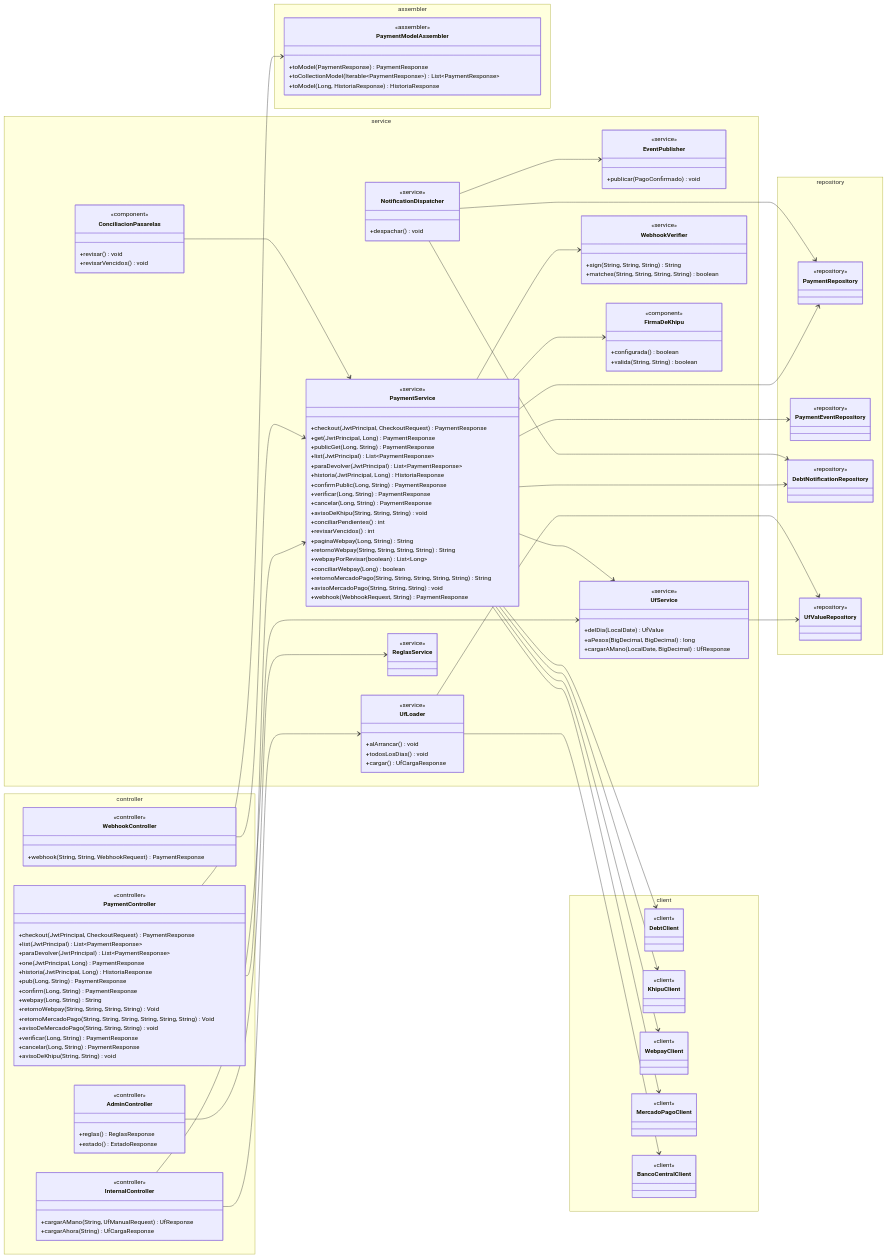
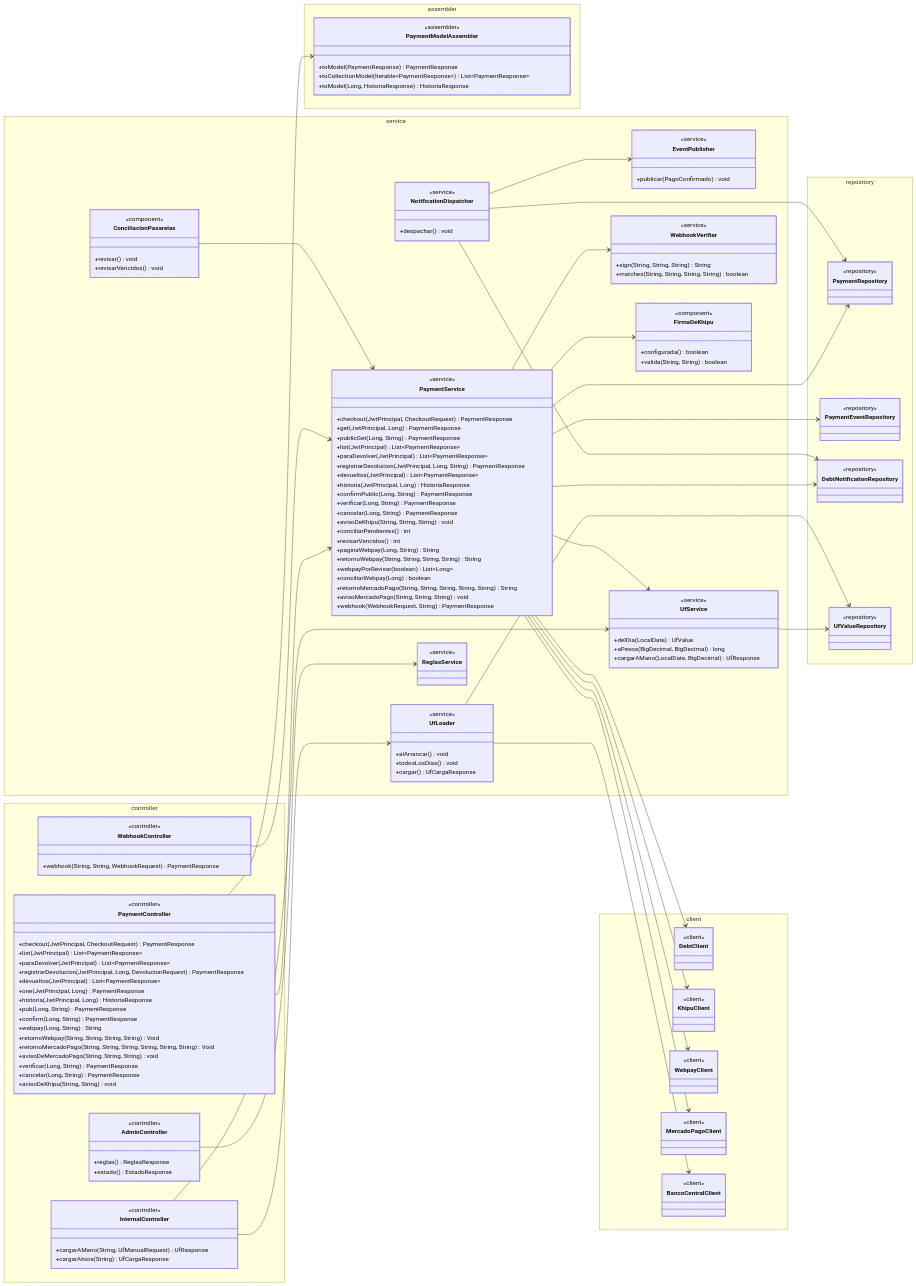
Before and after one commit to TechnicalBridge/DataBridge: diagram 14 of 18 in docs/diagramas/clases.md, drawn with Mermaid. The commit also changed 15 other files, not shown here.

First line of the commit message:
feat(ms-payments, portal): registrar devolucion de pago duplicado (#153) (#178)

```diff
--- a/docs/diagramas/clases.md
+++ b/docs/diagramas/clases.md
@@ -2460,6 +2460,8 @@
             +checkout(JwtPrincipal, CheckoutRequest) PaymentResponse
             +list(JwtPrincipal) List~PaymentResponse~
             +paraDevolver(JwtPrincipal) List~PaymentResponse~
+            +registrarDevolucion(JwtPrincipal, Long, DevolucionRequest) PaymentResponse
+            +devueltos(JwtPrincipal) List~PaymentResponse~
             +one(JwtPrincipal, Long) PaymentResponse
             +historia(JwtPrincipal, Long) HistoriaResponse
             +pub(Long, String) PaymentResponse
@@ -2503,6 +2505,8 @@
             +publicGet(Long, String) PaymentResponse
             +list(JwtPrincipal) List~PaymentResponse~
             +paraDevolver(JwtPrincipal) List~PaymentResponse~
+            +registrarDevolucion(JwtPrincipal, Long, String) PaymentResponse
+            +devueltos(JwtPrincipal) List~PaymentResponse~
             +historia(JwtPrincipal, Long) HistoriaResponse
             +confirmPublic(Long, String) PaymentResponse
             +verificar(Long, String) PaymentResponse
```
